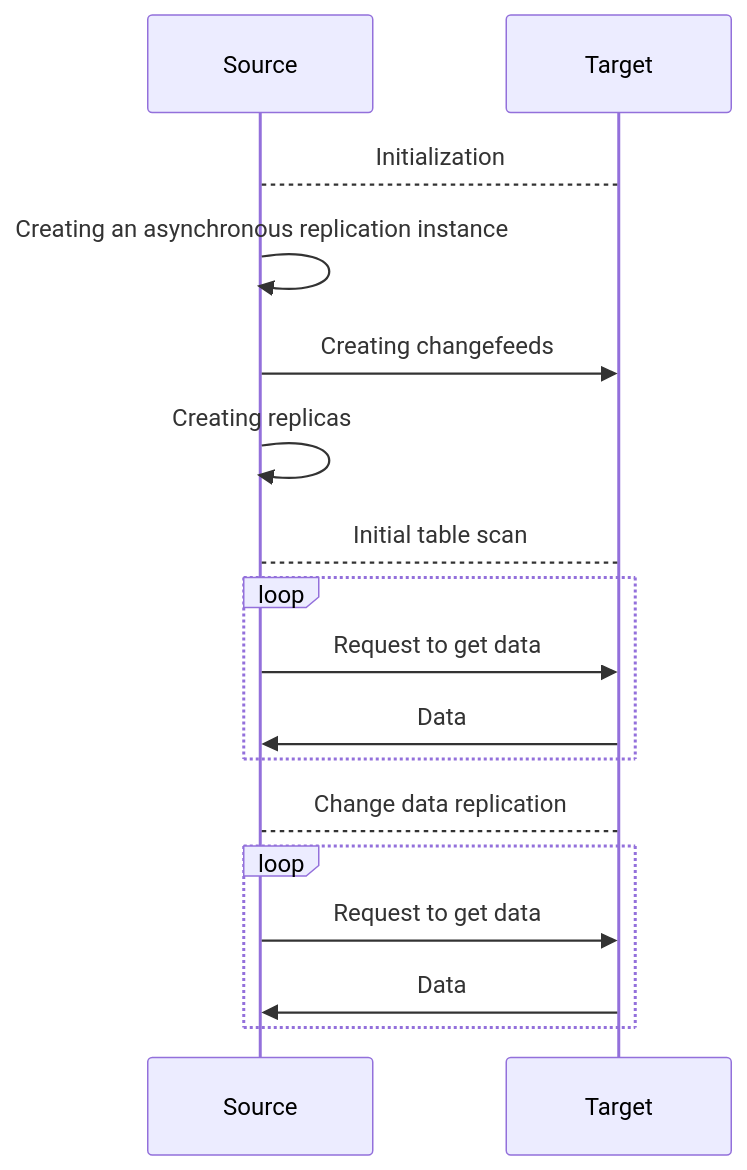
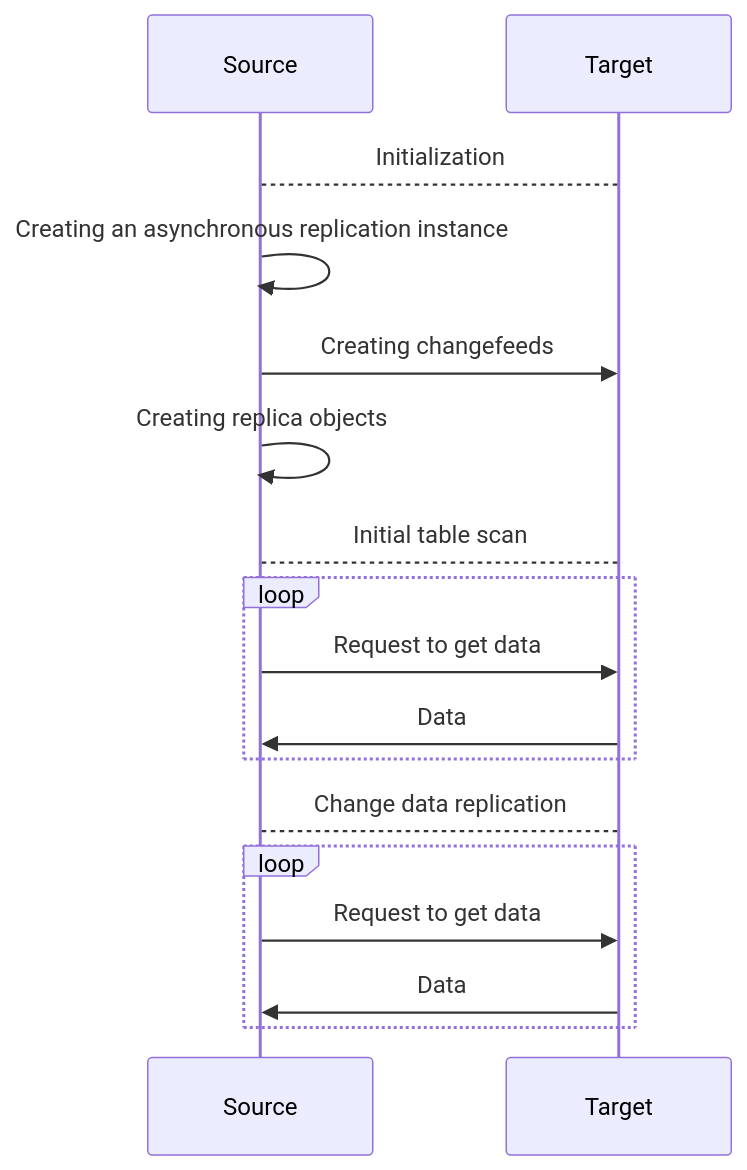
One commit to ydb-platform/ydb changed the diagram in ydb/docs/en/core/concepts/async-replication.md. Above: the diagram before and after it, drawn with Mermaid. The commit also changed other lines of this file and 5 other files, not shown here.

````diff
--- a/ydb/docs/en/core/concepts/async-replication.md
+++ b/ydb/docs/en/core/concepts/async-replication.md
@@ -9,22 +9,22 @@
 ```mermaid
 sequenceDiagram
   participant dst as Source
   participant src as Target
 
   dst-->src: Initialization
   dst->>dst: Creating an asynchronous replication instance
   dst->>src: Creating changefeeds
-  dst->>dst: Creating replicas
+  dst->>dst: Creating replica objects
 
   dst-->src: Initial table scan
   loop
     dst->>src: Request to get data
     src->>dst: Data
   end
 
   dst-->src: Change data replication
   loop
     dst->>src: Request to get data
     src->>dst: Data
   end
 ```
````
